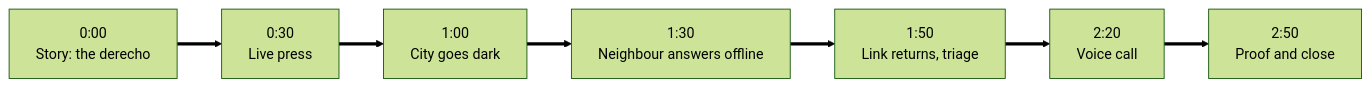
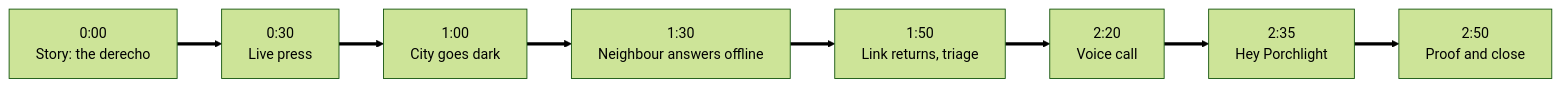
The diagram in docs/DEMO.md (GautamTalksDev/porchlight), drawn with Mermaid (forest theme) before and after one commit. The commit also changed other lines of this file and 11 other files, not shown here.

Commit message:
Hey Porchlight: voice copilot for coordinators

````diff
--- a/docs/DEMO.md
+++ b/docs/DEMO.md
@@ -16,9 +16,10 @@
 ```mermaid
 flowchart LR
     S1["0:00<br/>Story: the derecho"] ==> S2["0:30<br/>Live press"]
     S2 ==> S3["1:00<br/>City goes dark"]
     S3 ==> S4["1:30<br/>Neighbour answers offline"]
     S4 ==> S5["1:50<br/>Link returns, triage"]
     S5 ==> S6["2:20<br/>Voice call"]
-    S6 ==> S7["2:50<br/>Proof and close"]
+    S6 ==> S6b["2:35<br/>Hey Porchlight"]
+    S6b ==> S7["2:50<br/>Proof and close"]
 ```
````
